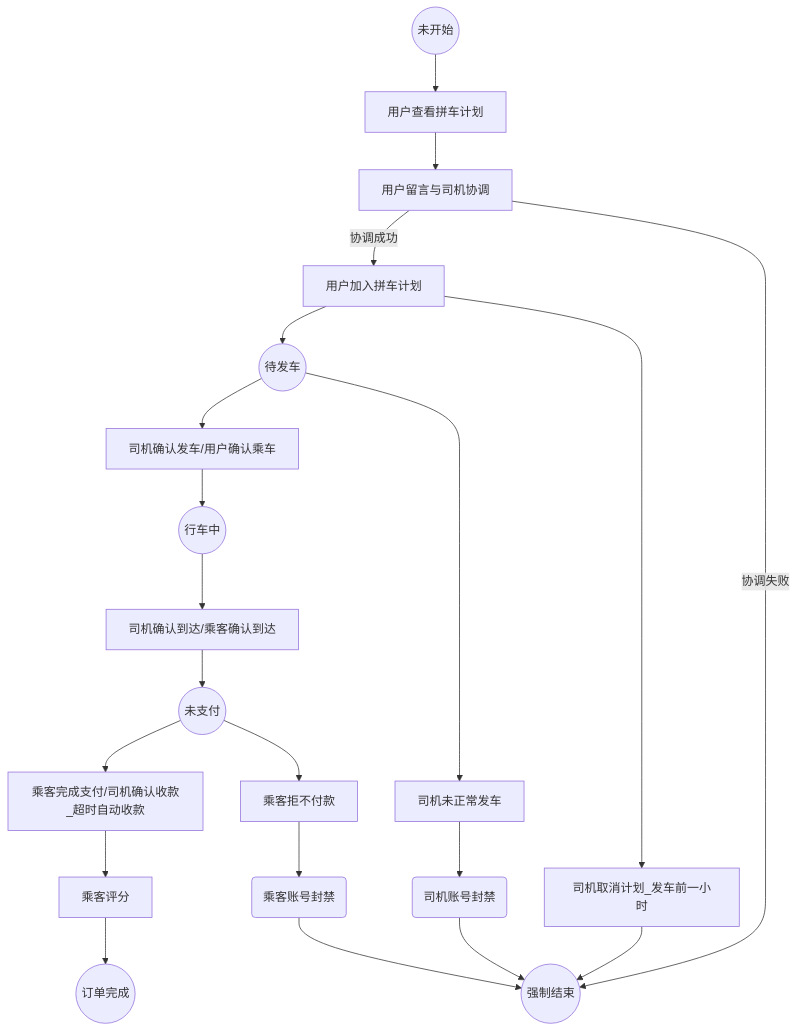
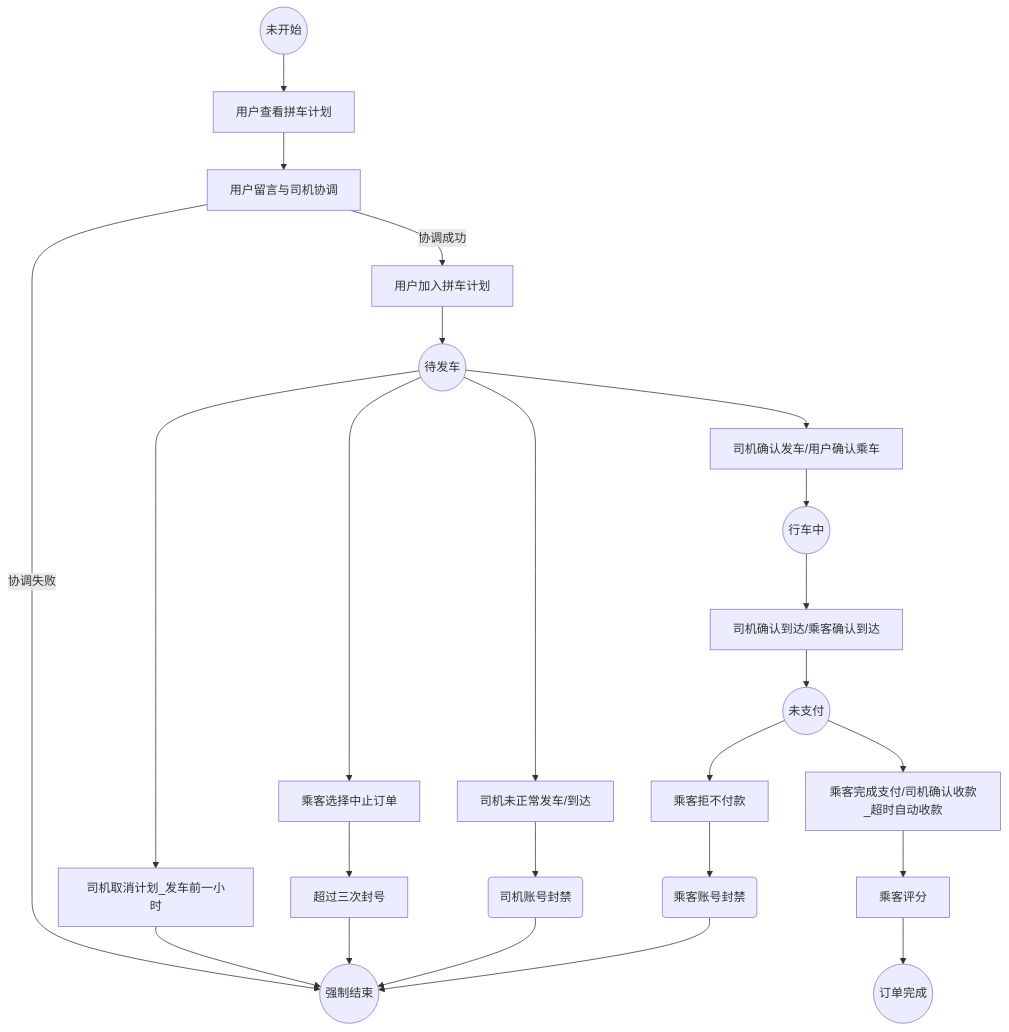
One commit to npu-carpooling-system-team/carpooling-document changed the fifth of 5 diagrams in 详细设计.md. Above: the diagram before and after it, drawn with Mermaid. The commit also changed other lines of this file and 3 other files, not shown here.

````diff
--- a/详细设计.md
+++ b/详细设计.md
@@ -254,23 +255,26 @@
 ```mermaid
 graph TB
 	A((未开始)) --> 用户查看拼车计划
 	用户查看拼车计划 --> 用户留言与司机协调
 	用户留言与司机协调 --协调成功--> 用户加入拼车计划
 	用户留言与司机协调 --协调失败-->  B((强制结束))
 	用户加入拼车计划 --> C((待发车))
-	用户加入拼车计划 --> 司机取消计划_发车前一小时
+	C --> 司机取消计划_发车前一小时
 	司机取消计划_发车前一小时 --> B
 	C --> 司机确认发车/用户确认乘车
-	C --> 司机未正常发车
-	司机未正常发车 --> H(司机账号封禁)
+	C --> 乘客选择中止订单
+	C --> 司机未正常发车/到达
+	司机未正常发车/到达 --> H(司机账号封禁)
+	乘客选择中止订单 --> 超过三次封号
+	超过三次封号 --> B
 	H --> B
 	司机确认发车/用户确认乘车 --> D((行车中))
 	D --> 司机确认到达/乘客确认到达
 	司机确认到达/乘客确认到达 --> E((未支付))
 	E --> 乘客完成支付/司机确认收款_超时自动收款
 	乘客完成支付/司机确认收款_超时自动收款 --> 乘客评分
 	乘客评分 --> F((订单完成))
 	E --> 乘客拒不付款
 	乘客拒不付款 --> G(乘客账号封禁)
 	G --> B
 ```
````
